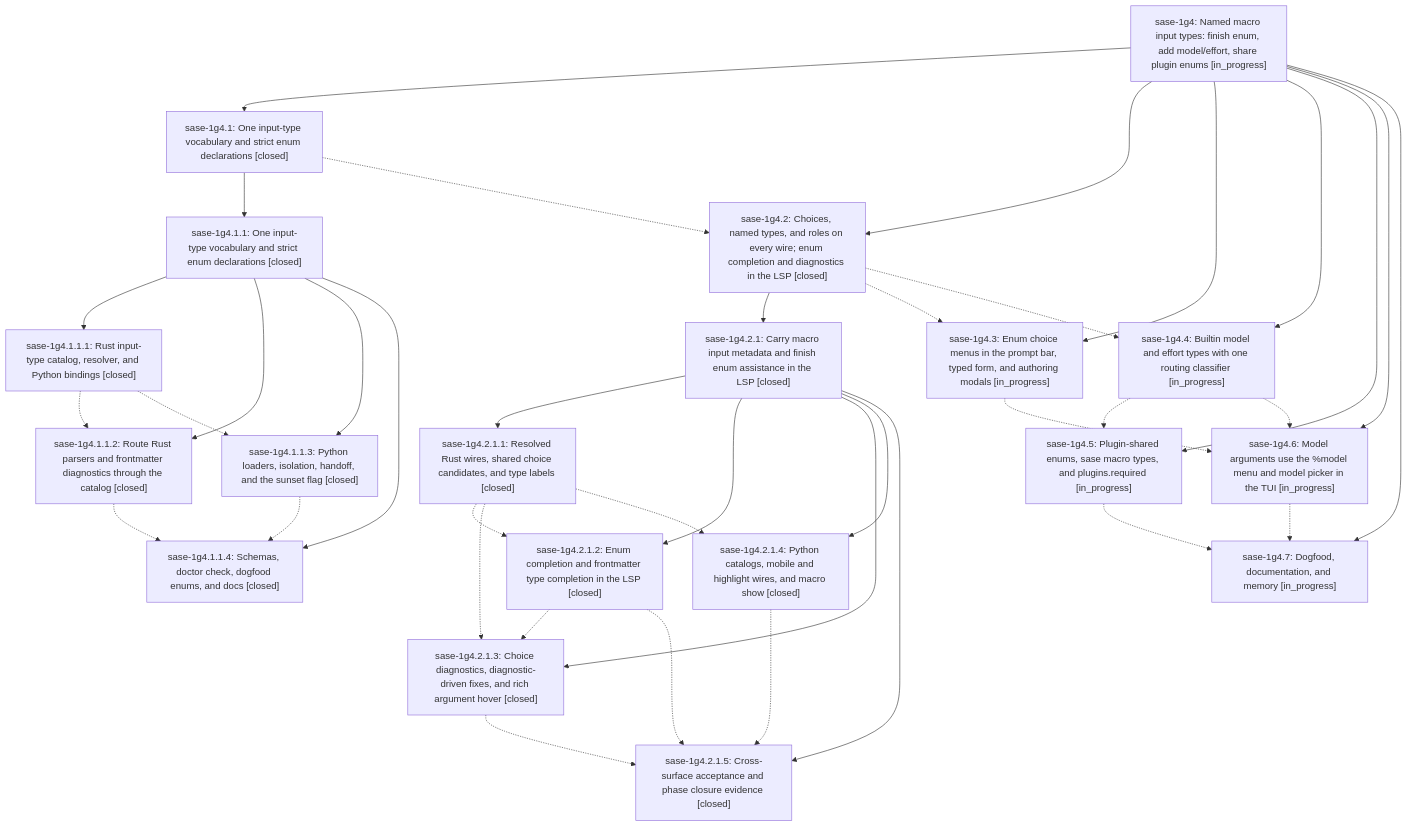
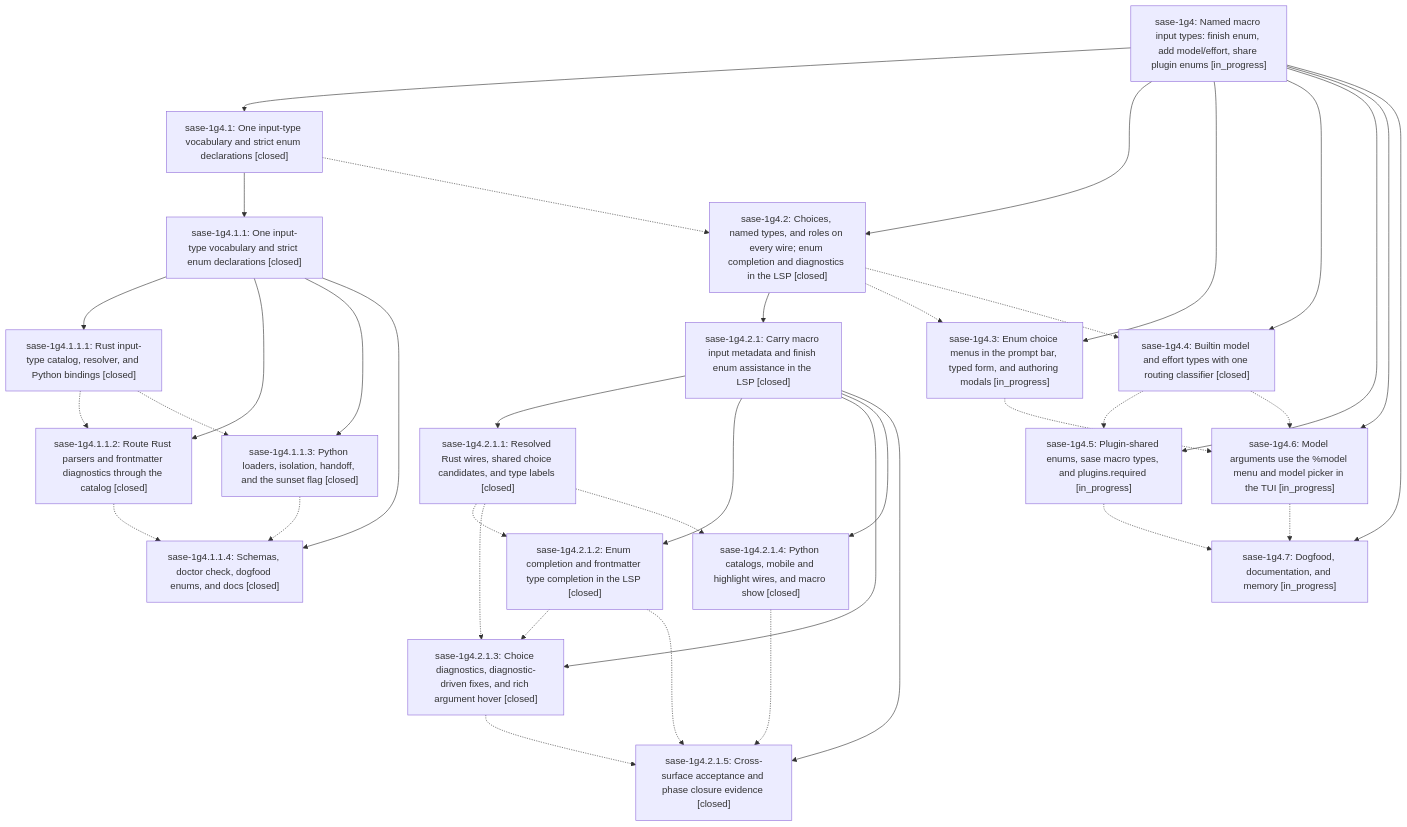
Before and after one commit to sase-org/sase--beads: the diagram in pages/sase-1g4/README.md, drawn with Mermaid. The commit also changed other lines of this file and 4 other files, not shown here.

````diff
--- a/pages/sase-1g4/README.md
+++ b/pages/sase-1g4/README.md
@@ -44,59 +44,59 @@
 ```mermaid
 flowchart TD
     n0["sase-1g4: Named macro input types: finish enum, add model/effort, share plugin enums [in_progress]"]
     n1["sase-1g4.1: One input-type vocabulary and strict enum declarations [closed]"]
     n2["sase-1g4.1.1: One input-type vocabulary and strict enum declarations [closed]"]
     n3["sase-1g4.1.1.1: Rust input-type catalog, resolver, and Python bindings [closed]"]
     n4["sase-1g4.1.1.2: Route Rust parsers and frontmatter diagnostics through the catalog [closed]"]
     n5["sase-1g4.1.1.3: Python loaders, isolation, handoff, and the sunset flag [closed]"]
     n6["sase-1g4.1.1.4: Schemas, doctor check, dogfood enums, and docs [closed]"]
     n7["sase-1g4.2: Choices, named types, and roles on every wire; enum completion and diagnostics in the LSP [closed]"]
     n8["sase-1g4.2.1: Carry macro input metadata and finish enum assistance in the LSP [closed]"]
     n9["sase-1g4.2.1.1: Resolved Rust wires, shared choice candidates, and type labels [closed]"]
     n10["sase-1g4.2.1.2: Enum completion and frontmatter type completion in the LSP [closed]"]
     n11["sase-1g4.2.1.3: Choice diagnostics, diagnostic-driven fixes, and rich argument hover [closed]"]
     n12["sase-1g4.2.1.4: Python catalogs, mobile and highlight wires, and macro show [closed]"]
     n13["sase-1g4.2.1.5: Cross-surface acceptance and phase closure evidence [closed]"]
     n14["sase-1g4.3: Enum choice menus in the prompt bar, typed form, and authoring modals [in_progress]"]
-    n15["sase-1g4.4: Builtin model and effort types with one routing classifier [in_progress]"]
+    n15["sase-1g4.4: Builtin model and effort types with one routing classifier [closed]"]
     n16["sase-1g4.5: Plugin-shared enums, sase macro types, and plugins.required [in_progress]"]
     n17["sase-1g4.6: Model arguments use the %model menu and model picker in the TUI [in_progress]"]
     n18["sase-1g4.7: Dogfood, documentation, and memory [in_progress]"]
     n0 --> n1
     n1 --> n2
     n2 --> n3
     n2 --> n4
     n2 --> n5
     n2 --> n6
     n0 --> n7
     n7 --> n8
     n8 --> n9
     n8 --> n10
     n8 --> n11
     n8 --> n12
     n8 --> n13
     n0 --> n14
     n0 --> n15
     n0 --> n16
     n0 --> n17
     n0 --> n18
     n1 -.-> n7
     n3 -.-> n4
     n3 -.-> n5
     n4 -.-> n6
     n5 -.-> n6
     n7 -.-> n14
     n7 -.-> n15
     n9 -.-> n10
     n9 -.-> n11
     n9 -.-> n12
     n10 -.-> n11
     n10 -.-> n13
     n11 -.-> n13
     n12 -.-> n13
     n14 -.-> n17
     n15 -.-> n16
     n15 -.-> n17
     n16 -.-> n18
     n17 -.-> n18
 ```
````
